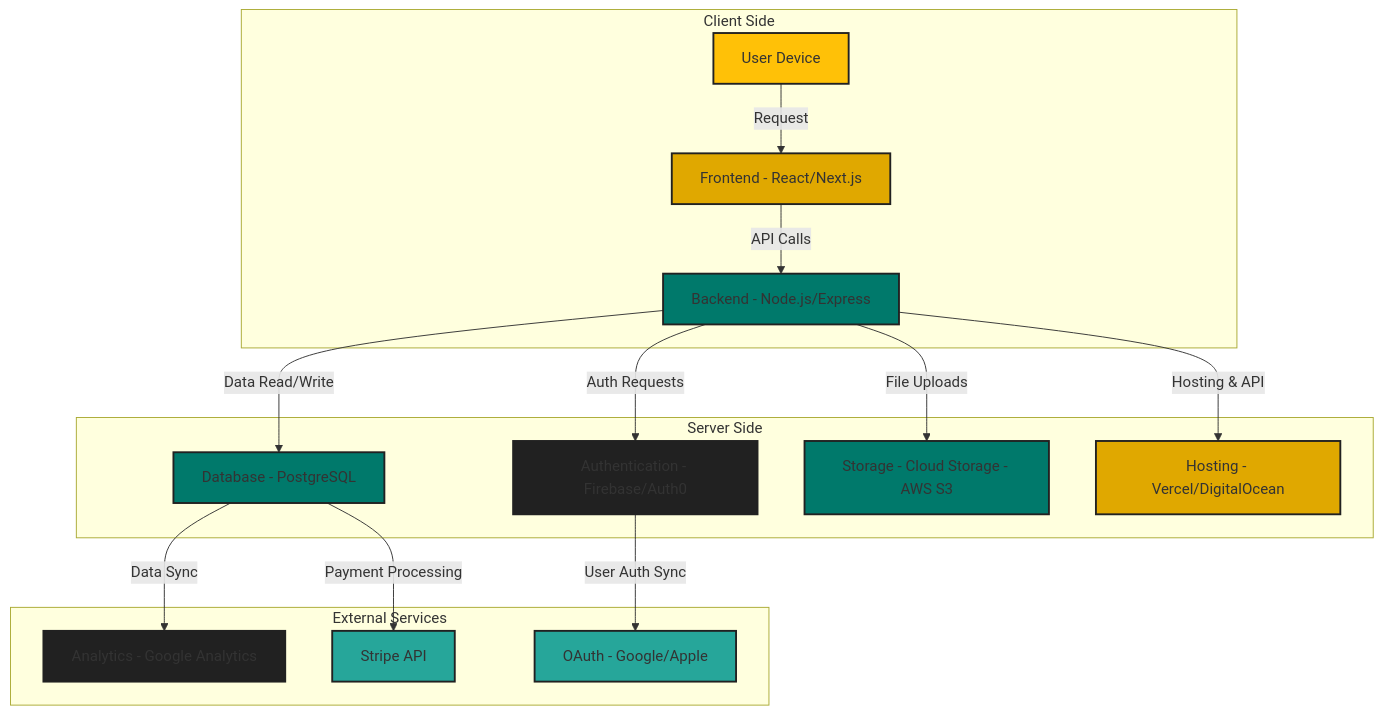
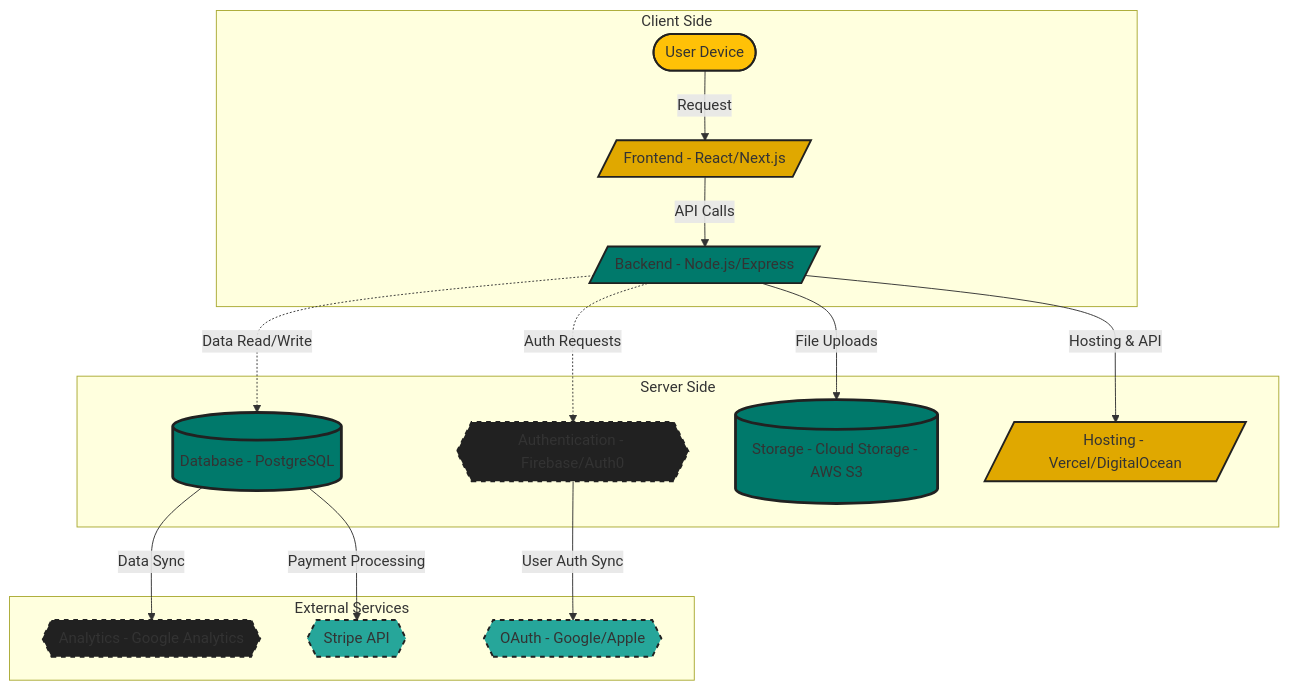
The diagram in docs/mlp/system-design.md (bennetthamilton/stingr), drawn with Mermaid before and after one commit. The commit also changed other lines of this file and 1 other file, not shown here.

````diff
--- a/docs/mlp/system-design.md
+++ b/docs/mlp/system-design.md
@@ -42,31 +42,31 @@
 ```mermaid
 graph TD;
     subgraph Client Side
-        A1[User Device] -->|Request| B[Frontend - React/Next.js]
-        B -->|API Calls| C[Backend - Node.js/Express]
+        A1([User Device]) -->|Request| B[/Frontend - React/Next.js/]
+        B -->|API Calls| C[/Backend - Node.js/Express/]
     end
 
     subgraph Server Side
-        C -->|Auth Requests| D[Authentication - Firebase/Auth0]
-        C -->|Data Read/Write| E[Database - PostgreSQL]
-        C -->|File Uploads| F[Storage - Cloud Storage - AWS S3]
-        C -->|Hosting & API| G[Hosting - Vercel/DigitalOcean]
+        C -.->|Auth Requests| D{{Authentication - Firebase/Auth0}}
+        C -.->|Data Read/Write| E[(Database - PostgreSQL)]
+        C -->|File Uploads| F[(Storage - Cloud Storage - AWS S3)]
+        C -->|Hosting & API| G[/Hosting - Vercel/DigitalOcean/]
     end
 
     subgraph External Services
-        E -->|Data Sync| H[Analytics - Google Analytics]
-        E -->|Payment Processing| I[Stripe API]
-        D -->|User Auth Sync| J[OAuth - Google/Apple]
+        E -->|Data Sync| H{{Analytics - Google Analytics}}
+        E -->|Payment Processing| I{{Stripe API}}
+        D -->|User Auth Sync| J{{OAuth - Google/Apple}}
     end
 
     style A1 fill:#FFC107,stroke:#212121,stroke-width:2px;
     style B fill:#E0A800,stroke:#212121,stroke-width:2px;
     style C fill:#00796B,stroke:#212121,stroke-width:2px;
-    style D fill:#212121,stroke:#212121,stroke-width:2px;
-    style E fill:#00796B,stroke:#212121,stroke-width:2px;
-    style F fill:#00796B,stroke:#212121,stroke-width:2px;
+    style D fill:#212121,stroke:#212121,stroke-width:2px,stroke-dasharray:5 5;
+    style E fill:#00796B,stroke:#212121,stroke-width:3px;
+    style F fill:#00796B,stroke:#212121,stroke-width:3px;
     style G fill:#E0A800,stroke:#212121,stroke-width:2px;
-    style H fill:#212121,stroke:#212121,stroke-width:2px;
-    style I fill:#26A69A,stroke:#212121,stroke-width:2px;
-    style J fill:#26A69A,stroke:#212121,stroke-width:2px;
+    style H fill:#212121,stroke:#212121,stroke-width:2px,stroke-dasharray:5 5;
+    style I fill:#26A69A,stroke:#212121,stroke-width:2px,stroke-dasharray:5 5;
+    style J fill:#26A69A,stroke:#212121,stroke-width:2px,stroke-dasharray:5 5;
 ```
````
